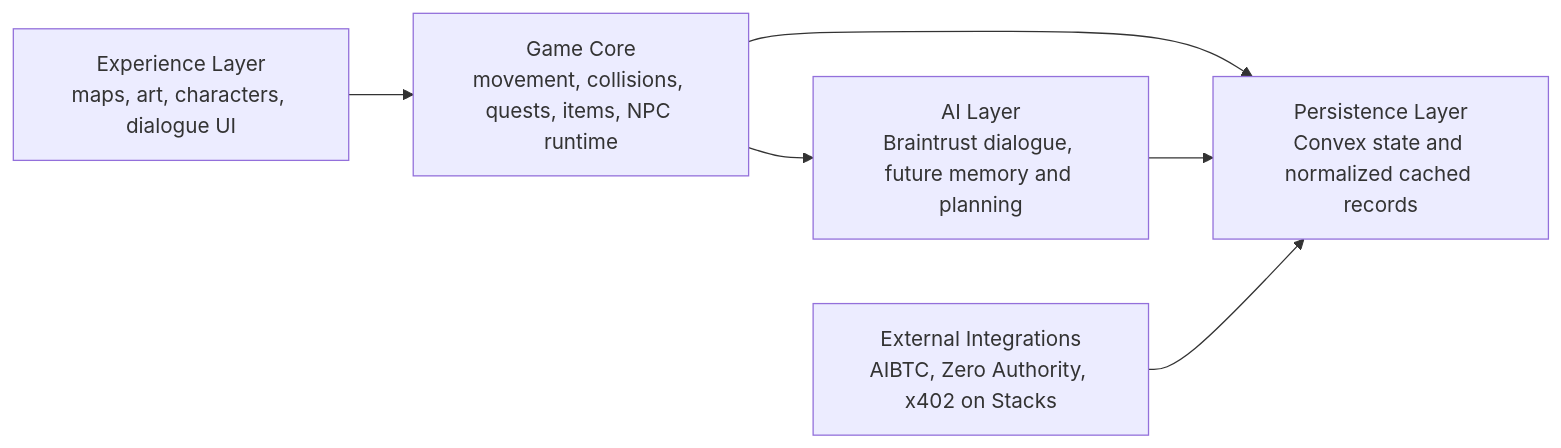
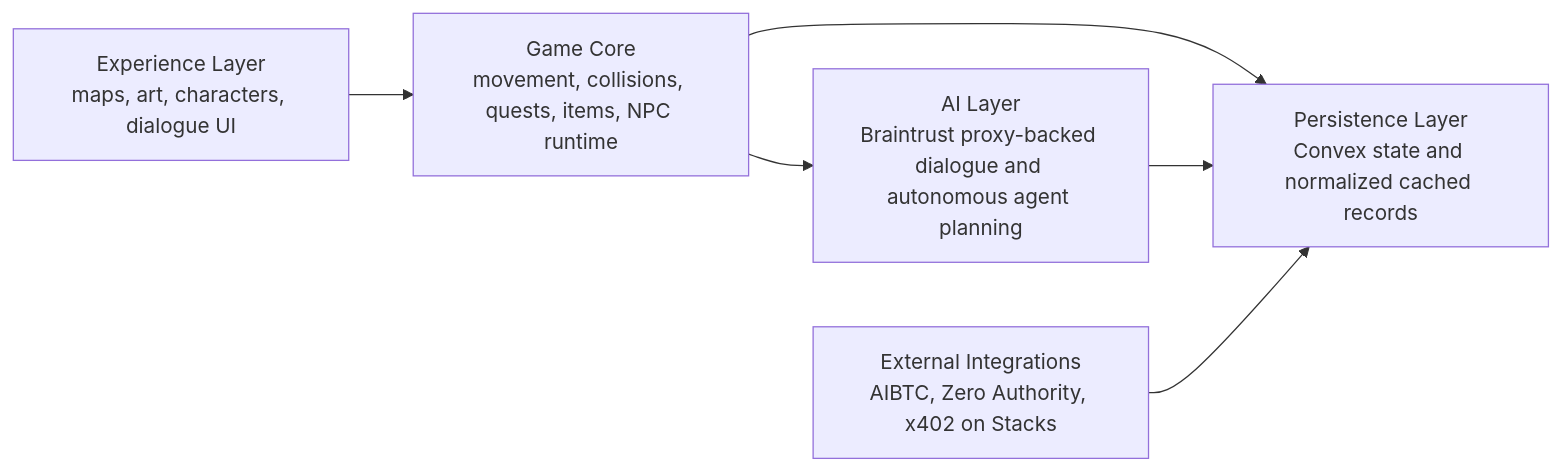
Before and after one commit to retroverse404/---stacks2d-dungeons-agents: the first of 12 diagrams in docs/Stacks2D-Architecture.md, drawn with Mermaid. The commit also changed other lines of this file and 33 other files, not shown here.

````diff
--- a/docs/Stacks2D-Architecture.md
+++ b/docs/Stacks2D-Architecture.md
@@ -29,14 +29,14 @@
 ```mermaid
 flowchart LR
   A[Experience Layer] --> B[Game Core]
   B --> C[AI Layer]
   B --> D[Persistence Layer]
   C --> D
   E[External Integrations] --> D
 
   A["Experience Layer<br/>maps, art, characters, dialogue UI"]
   B["Game Core<br/>movement, collisions, quests, items, NPC runtime"]
-  C["AI Layer<br/>Braintrust dialogue, future memory and planning"]
+  C["AI Layer<br/>Braintrust proxy-backed dialogue and autonomous agent planning"]
   D["Persistence Layer<br/>Convex state and normalized cached records"]
   E["External Integrations<br/>AIBTC, Zero Authority, x402 on Stacks"]
 ```
````
